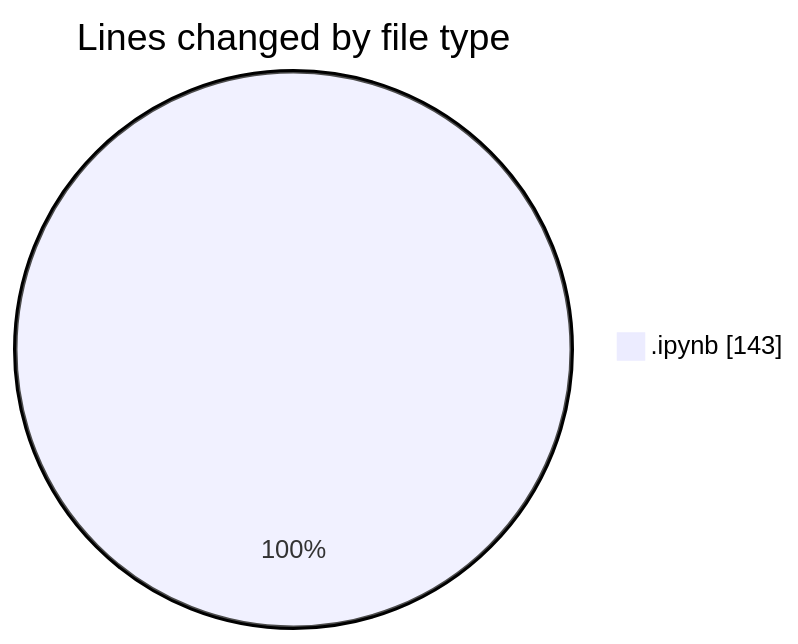
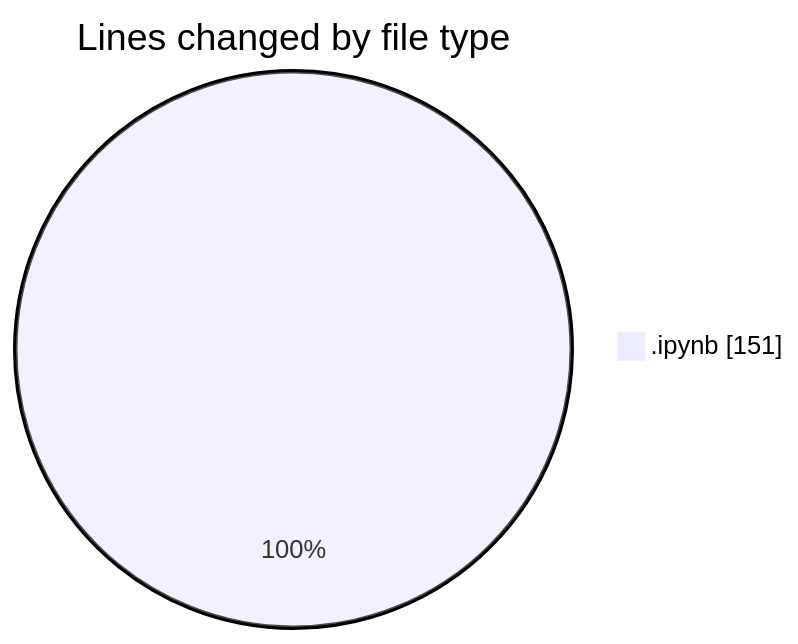
One commit to hasnaa123/code-tracking changed the first of 2 diagrams in 2026-02-05/fondamentals/README.md. Above: the diagram before and after it, drawn with Mermaid. The commit also changed other lines of this file and 1 other file, not shown here.

````diff
--- a/2026-02-05/fondamentals/README.md
+++ b/2026-02-05/fondamentals/README.md
@@ -20,5 +20,5 @@
 ```mermaid
 pie showData
 title Lines changed by file type
-".ipynb" : 143
+".ipynb" : 151
 ```
````
